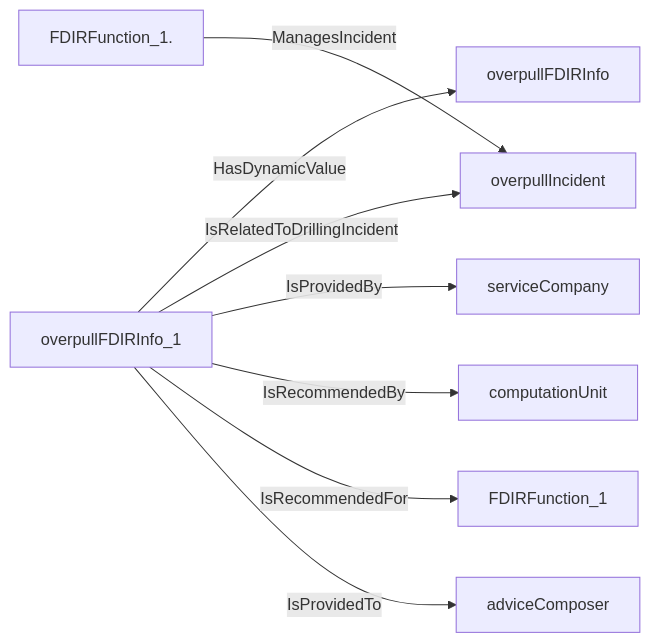
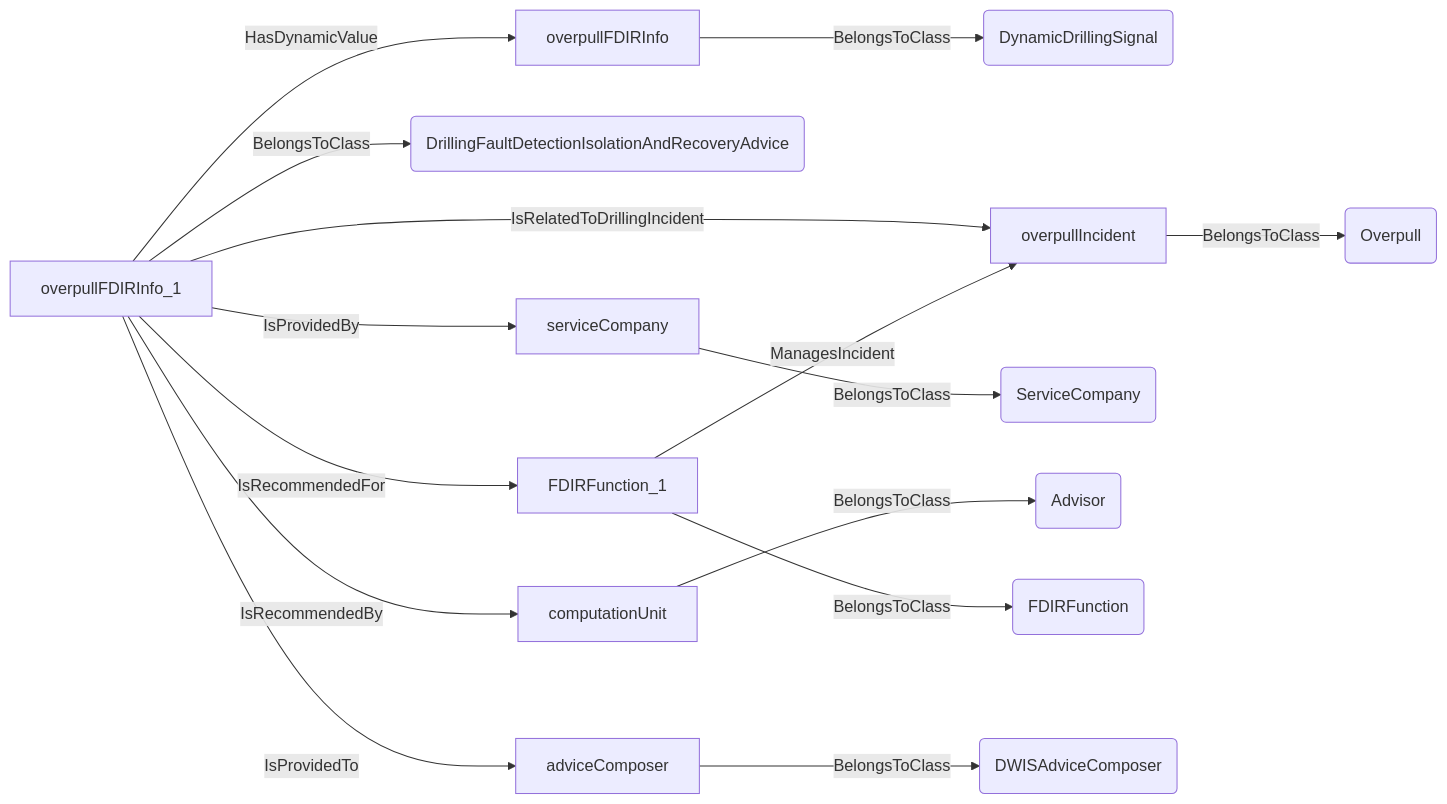
Before and after one commit to D-WIS/DDHub-Semantic-Interoperability: the fourth of 17 diagrams in docs/vocabulary_development/auto-generated/md/definition-files/DrillingIncident.md, drawn with Mermaid. The commit also changed other lines of this file and 14 other files, not shown here.

````diff
--- a/docs/vocabulary_development/auto-generated/md/definition-files/DrillingIncident.md
+++ b/docs/vocabulary_development/auto-generated/md/definition-files/DrillingIncident.md
@@ -228,10 +256,17 @@
 ```mermaid
 graph LR
-	N0000[overpullFDIRInfo_1] -->|HasDynamicValue| N0001[overpullFDIRInfo] 
-	N0000[overpullFDIRInfo_1] -->|IsRelatedToDrillingIncident| N0002[overpullIncident] 
-	N0000[overpullFDIRInfo_1] -->|IsProvidedBy| N0003[serviceCompany] 
-	N0000[overpullFDIRInfo_1] -->|IsRecommendedBy| N0004[computationUnit] 
-	N0005[FDIRFunction_1.] -->|ManagesIncident| N0002[overpullIncident] 
-	N0000[overpullFDIRInfo_1] -->|IsRecommendedFor| N0006[FDIRFunction_1] 
-	N0000[overpullFDIRInfo_1] -->|IsProvidedTo| N0007[adviceComposer] 
+	N0000[overpullFDIRInfo] -->|BelongsToClass| N0001(DynamicDrillingSignal) 
+	N0002[overpullFDIRInfo_1] -->|BelongsToClass| N0003(DrillingFaultDetectionIsolationAndRecoveryAdvice) 
+	N0002[overpullFDIRInfo_1] -->|HasDynamicValue| N0000[overpullFDIRInfo] 
+	N0004[overpullIncident] -->|BelongsToClass| N0005(Overpull) 
+	N0002[overpullFDIRInfo_1] -->|IsRelatedToDrillingIncident| N0004[overpullIncident] 
+	N0006[serviceCompany] -->|BelongsToClass| N0007(ServiceCompany) 
+	N0002[overpullFDIRInfo_1] -->|IsProvidedBy| N0006[serviceCompany] 
+	N0008[computationUnit] -->|BelongsToClass| N0009(Advisor) 
+	N0002[overpullFDIRInfo_1] -->|IsRecommendedBy| N0008[computationUnit] 
+	N0010[FDIRFunction_1] -->|BelongsToClass| N0011(FDIRFunction) 
+	N0010[FDIRFunction_1] -->|ManagesIncident| N0004[overpullIncident] 
+	N0002[overpullFDIRInfo_1] -->|IsRecommendedFor| N0010[FDIRFunction_1] 
+	N0012[adviceComposer] -->|BelongsToClass| N0013(DWISAdviceComposer) 
+	N0002[overpullFDIRInfo_1] -->|IsProvidedTo| N0012[adviceComposer] 
 ```
````
